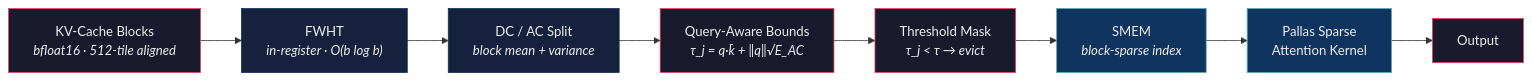
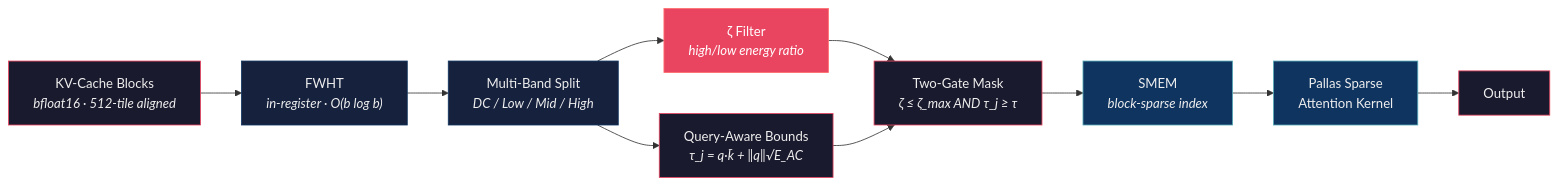
Before and after one commit to j-arndt/orthocache: the diagram in README.md, drawn with Mermaid. The commit also changed other lines of this file and 7 other files, not shown here.

First line of the commit message:
Multi-Band Sequency Filtering: genuinely load-bearing FWHT

````diff
--- a/README.md
+++ b/README.md
@@ -28,19 +28,22 @@
 ```mermaid
 flowchart LR
-    A["KV-Cache Blocks<br/><i>bfloat16 · 512-tile aligned</i>"] --> B["FWHT<br/><i>in-register · O(b log b)</i>"]
-    B --> C["DC / AC Split<br/><i>block mean + variance</i>"]
-    C --> D["Query-Aware Bounds<br/><i>τ_j = q·k̄ + ‖q‖√E_AC</i>"]
-    D --> E["Threshold Mask<br/><i>τ_j < τ → evict</i>"]
-    E --> F["SMEM<br/><i>block-sparse index</i>"]
-    F --> G["Pallas Sparse<br/>Attention Kernel"]
+    A["KV-Cache Blocks\n<i>bfloat16 · 512-tile aligned</i>"] --> B["FWHT\n<i>in-register · O(b log b)</i>"]
+    B --> C["Multi-Band Split\n<i>DC / Low / Mid / High</i>"]
+    C --> D1["ζ Filter\n<i>high/low energy ratio</i>"]
+    C --> D2["Query-Aware Bounds\n<i>τ_j = q·k̄ + ‖q‖√E_AC</i>"]
+    D1 --> E["Two-Gate Mask\n<i>ζ ≤ ζ_max AND τ_j ≥ τ</i>"]
+    D2 --> E
+    E --> F["SMEM\n<i>block-sparse index</i>"]
+    F --> G["Pallas Sparse\nAttention Kernel"]
     G --> H["Output"]
 
     style A fill:#1a1a2e,stroke:#e94560,color:#eee
     style B fill:#16213e,stroke:#0f3460,color:#eee
     style C fill:#16213e,stroke:#0f3460,color:#eee
-    style D fill:#1a1a2e,stroke:#e94560,color:#eee
+    style D1 fill:#e94560,stroke:#ff6b6b,color:#fff
+    style D2 fill:#1a1a2e,stroke:#e94560,color:#eee
     style E fill:#1a1a2e,stroke:#e94560,color:#eee
     style F fill:#0f3460,stroke:#53a8b6,color:#eee
     style G fill:#0f3460,stroke:#53a8b6,color:#eee
     style H fill:#1a1a2e,stroke:#e94560,color:#eee
 ```
````
